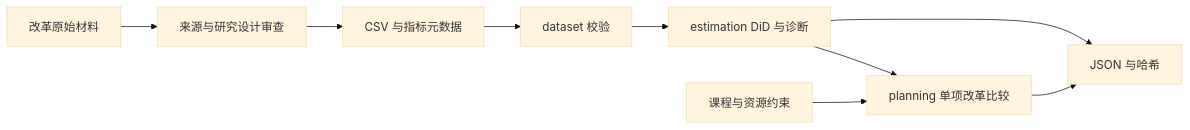
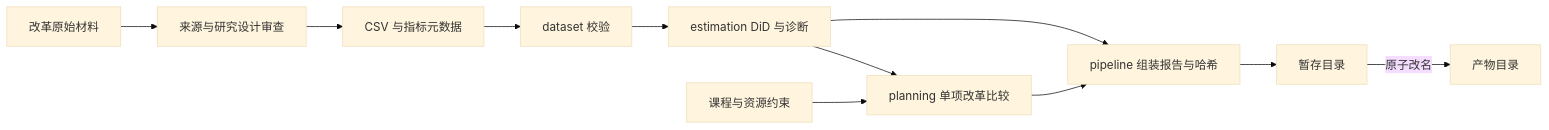
Before and after one commit to Nenieco-001/chanjiao-evidence: the diagram in docs/architecture.md, drawn with Mermaid (base theme). The commit also changed other lines of this file and 19 other files, not shown here.

````diff
--- a/docs/architecture.md
+++ b/docs/architecture.md
@@ -3,11 +7,13 @@
 ```mermaid
 flowchart LR
   A[改革原始材料] --> B[来源与研究设计审查]
   B --> C[CSV 与指标元数据]
   C --> D[dataset 校验]
   D --> E[estimation DiD 与诊断]
   E --> F[planning 单项改革比较]
   G[课程与资源约束] --> F
-  E --> H[JSON 与哈希]
+  E --> H[pipeline 组装报告与哈希]
   F --> H
+  H --> I[暂存目录]
+  I -->|原子改名| J[产物目录]
 ```
````
